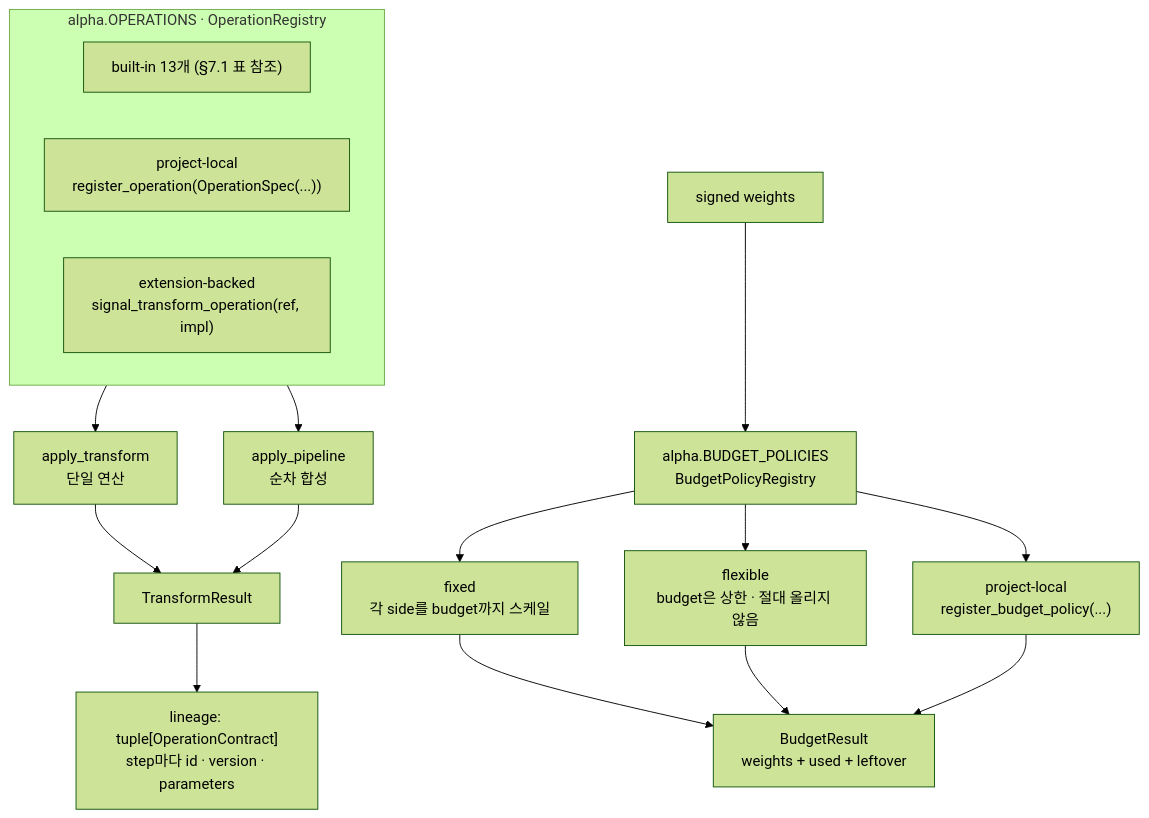
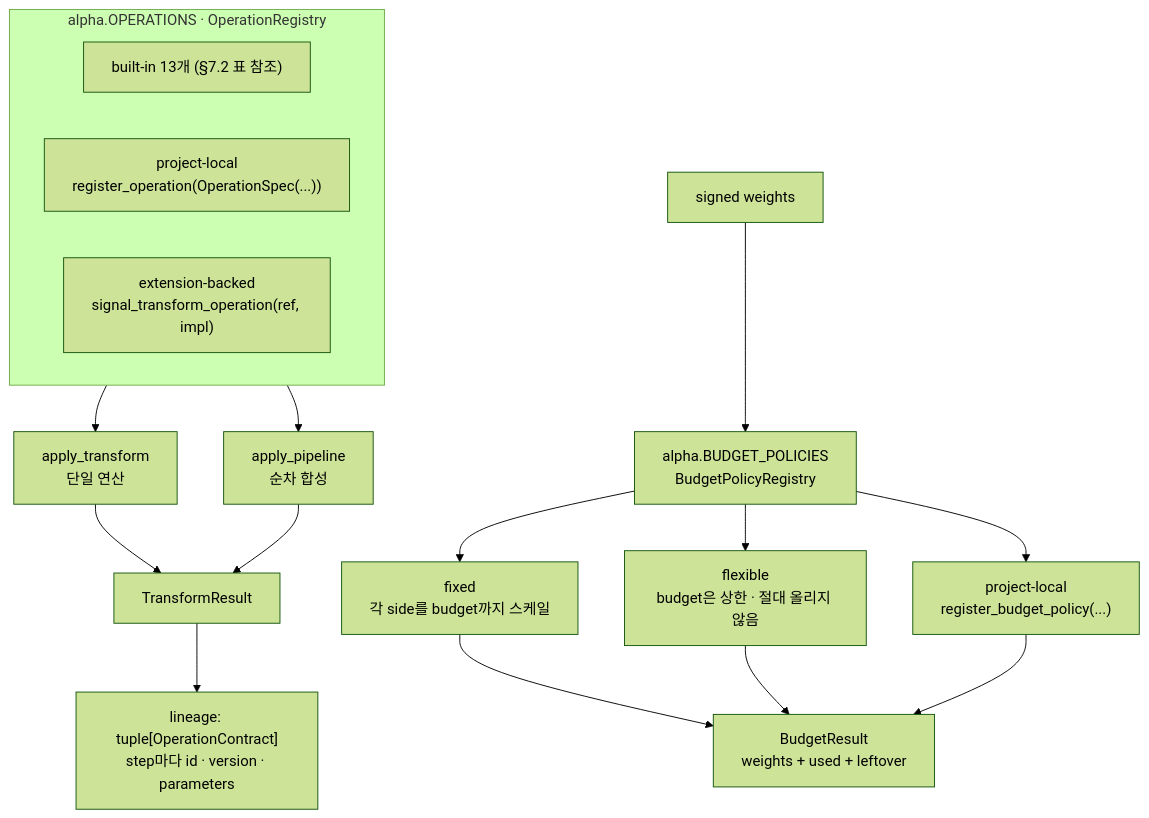
The sixth of 13 diagrams in docs/qlibx-architecture.md (jaepil-choi/qlibx), drawn with Mermaid (forest theme) before and after one commit. The commit also changed other lines of this file and 14 other files, not shown here.

````diff
--- a/docs/qlibx-architecture.md
+++ b/docs/qlibx-architecture.md
@@ -341,22 +346,22 @@
 ```mermaid
 flowchart TB
     subgraph REG["alpha.OPERATIONS · OperationRegistry"]
-        BI["built-in 13개 (§7.1 표 참조)"]
+        BI["built-in 13개 (§7.2 표 참조)"]
         PL["project-local<br/>register_operation(OperationSpec(...))"]
         EXT["extension-backed<br/>signal_transform_operation(ref, impl)"]
     end
 
     REG --> AT["apply_transform<br/>단일 연산"]
     REG --> AP["apply_pipeline<br/>순차 합성"]
     AT --> TR["TransformResult"]
     AP --> TR
     TR --> LIN["lineage: tuple[OperationContract]<br/>step마다 id · version · parameters"]
 
     W["signed weights"] --> BP["alpha.BUDGET_POLICIES<br/>BudgetPolicyRegistry"]
     BP --> FX["fixed<br/>각 side를 budget까지 스케일"]
     BP --> FL["flexible<br/>budget은 상한 · 절대 올리지 않음"]
     BP --> PP["project-local<br/>register_budget_policy(...)"]
     FX --> BR["BudgetResult<br/>weights + used + leftover"]
     FL --> BR
     PP --> BR
 ```
````
